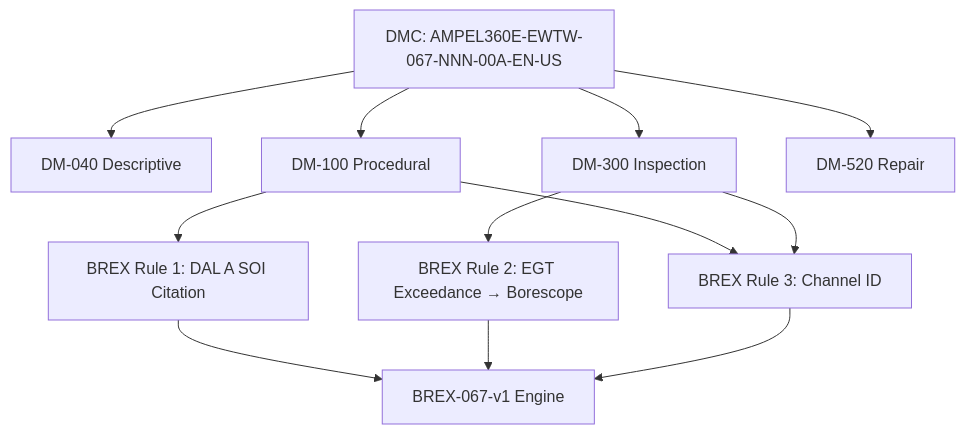
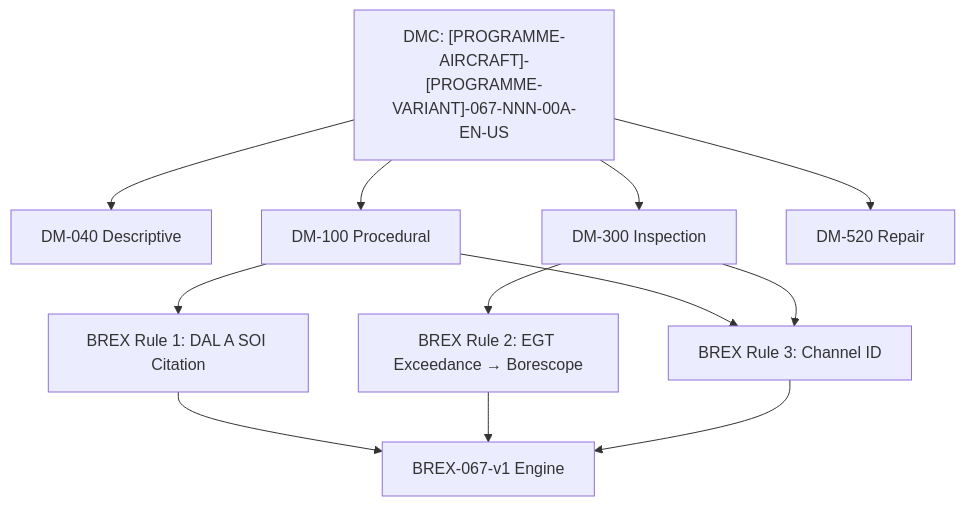
Before and after one commit to AmedeoPelliccia/Qplus-For-All-Queer-People-and-Quantum: the second of 2 diagrams in Q+ATLANTIDE/000-099_ATLAS/060-069_Propulsion-Tradicional/067_Engine-Controls/067-090-S1000D-CSDB-Mapping-and-Traceability.md, drawn with Mermaid. The commit also changed other lines of this file and 676 other files, not shown here.

First line of the commit message:
feat: de-programmatize all ATLAS standard files — remove AMPEL360E/eWTW programme content

````diff
--- a/Q+ATLANTIDE/000-099_ATLAS/060-069_Propulsion-Tradicional/067_Engine-Controls/067-090-S1000D-CSDB-Mapping-and-Traceability.md
+++ b/Q+ATLANTIDE/000-099_ATLAS/060-069_Propulsion-Tradicional/067_Engine-Controls/067-090-S1000D-CSDB-Mapping-and-Traceability.md
@@ -96,11 +99,11 @@
 ```mermaid
 flowchart TB
-    DMC_67["DMC: AMPEL360E-EWTW-067-NNN-00A-EN-US"] --> DM_040[DM-040 Descriptive]
+    DMC_67["DMC: [PROGRAMME-AIRCRAFT]-[PROGRAMME-VARIANT]-067-NNN-00A-EN-US"] --> DM_040[DM-040 Descriptive]
     DMC_67 --> DM_100[DM-100 Procedural]
     DMC_67 --> DM_300[DM-300 Inspection]
     DMC_67 --> DM_520[DM-520 Repair]
     DM_100 --> DAL_RULE[BREX Rule 1: DAL A SOI Citation]
     DM_300 --> EGT_RULE[BREX Rule 2: EGT Exceedance → Borescope]
     DM_100 & DM_300 --> CH_RULE[BREX Rule 3: Channel ID]
     DAL_RULE & EGT_RULE & CH_RULE --> BREX_ENGINE[BREX-067-v1 Engine]
 ```
````
